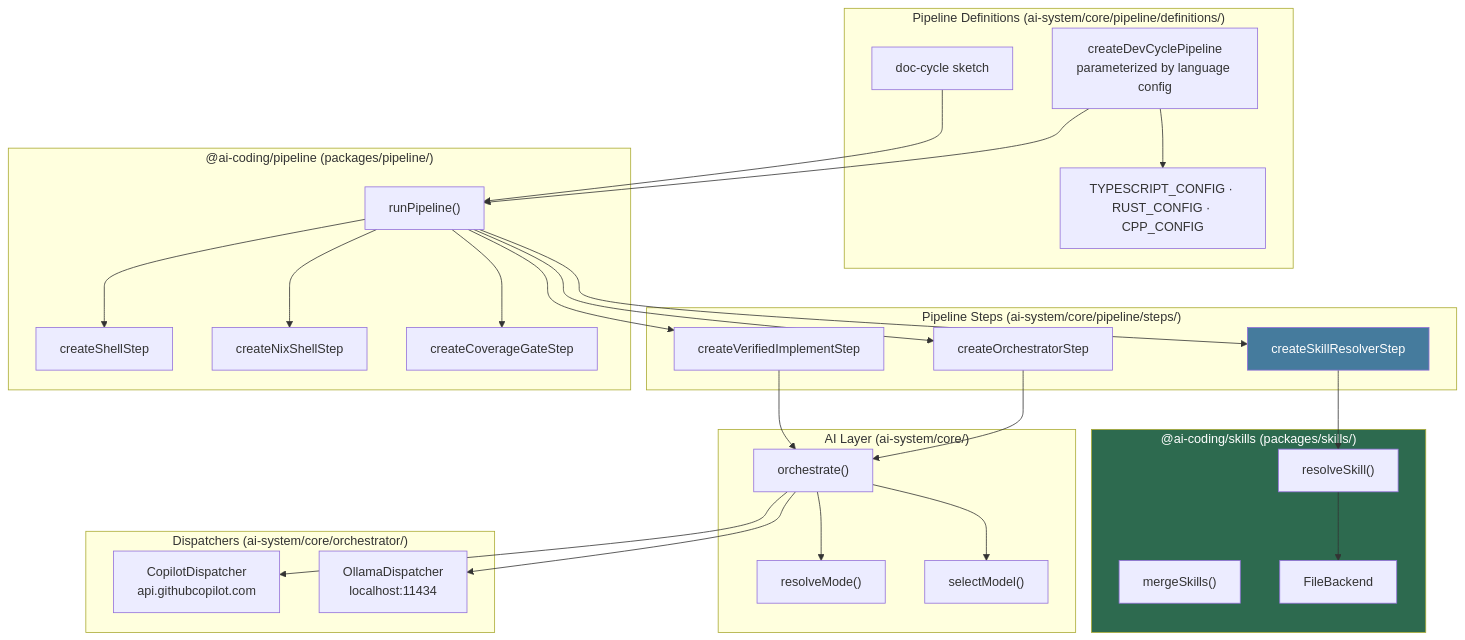
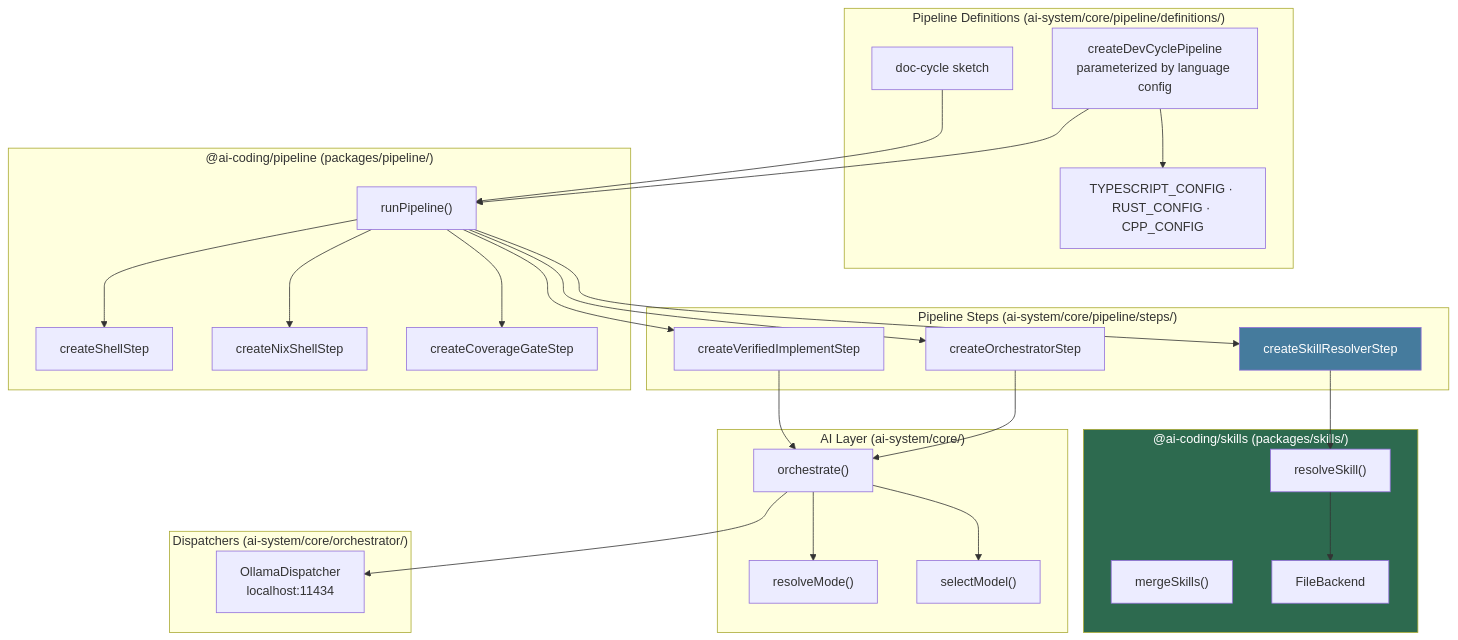
One commit to vansweej/ai-coding changed the first of 3 diagrams in docs/architecture.md. Above: the diagram before and after it, drawn with Mermaid. The commit also changed other lines of this file and 22 other files, not shown here.

````diff
--- a/docs/architecture.md
+++ b/docs/architecture.md
@@ -15,62 +15,60 @@
 ```mermaid
 graph TD
     subgraph Definitions["Pipeline Definitions (ai-system/core/pipeline/definitions/)"]
         Dev["createDevCyclePipeline\nparameterized by language config"]
         Lang["TYPESCRIPT_CONFIG · RUST_CONFIG · CPP_CONFIG"]
         Doc["doc-cycle sketch"]
     end
 
     subgraph PipelineSteps["Pipeline Steps (ai-system/core/pipeline/steps/)"]
         OrcStep["createOrchestratorStep"]
         SkillStep["createSkillResolverStep"]
         VerifyStep["createVerifiedImplementStep"]
     end
 
     subgraph SkillsPkg["@ai-coding/skills (packages/skills/)"]
         ResolveSkill["resolveSkill()"]
         MergeSkills["mergeSkills()"]
         FileBack["FileBackend"]
     end
 
     subgraph PipelinePkg["@ai-coding/pipeline (packages/pipeline/)"]
         Runner["runPipeline()"]
         ShellStep["createShellStep"]
         NixStep["createNixShellStep"]
         CoverageGate["createCoverageGateStep"]
     end
 
     subgraph AILayer["AI Layer (ai-system/core/)"]
         Orchestrator["orchestrate()"]
         ModeRouter["resolveMode()"]
         ModelRouter["selectModel()"]
     end
 
     subgraph Dispatchers["Dispatchers (ai-system/core/orchestrator/)"]
-        Copilot["CopilotDispatcher\napi.githubcopilot.com"]
         Ollama["OllamaDispatcher\nlocalhost:11434"]
     end
 
     Dev --> Lang
     Dev --> Runner
     Doc --> Runner
 
     Runner --> OrcStep
     Runner --> SkillStep
     Runner --> VerifyStep
     Runner --> ShellStep
     Runner --> NixStep
     Runner --> CoverageGate
 
     SkillStep --> ResolveSkill
     ResolveSkill --> FileBack
 
     OrcStep --> Orchestrator
     VerifyStep --> Orchestrator
     Orchestrator --> ModeRouter
     Orchestrator --> ModelRouter
-    Orchestrator --> Copilot
     Orchestrator --> Ollama
 
     style SkillsPkg fill:#2d6a4f,color:#fff
     style SkillStep fill:#457b9d,color:#fff
 ```
````
